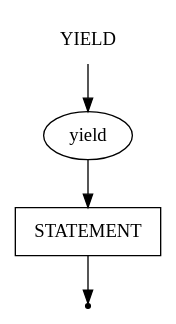
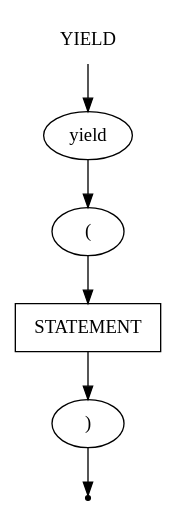
Before and after one commit to mshnschnko/ProMa: the diagram in src/CodeParser/grammar/yield.gv, drawn with Graphviz.

```diff
--- a/src/CodeParser/grammar/yield.gv
+++ b/src/CodeParser/grammar/yield.gv
@@ -1,10 +1,14 @@
 digraph YIELD {
     start [label=YIELD shape=plaintext]
     yield [label="yield" shape=oval]
+    br_open [label="(" shape=oval]
+    br_close [label=")" shape=oval]
     statement [label=STATEMENT shape=box]
     end [label="" shape=point]
 
     start -> yield
-    yield -> statement
-    statement -> end
+    yield -> br_open
+    br_open -> statement
+    statement -> br_close
+    br_close -> end
 }
```
